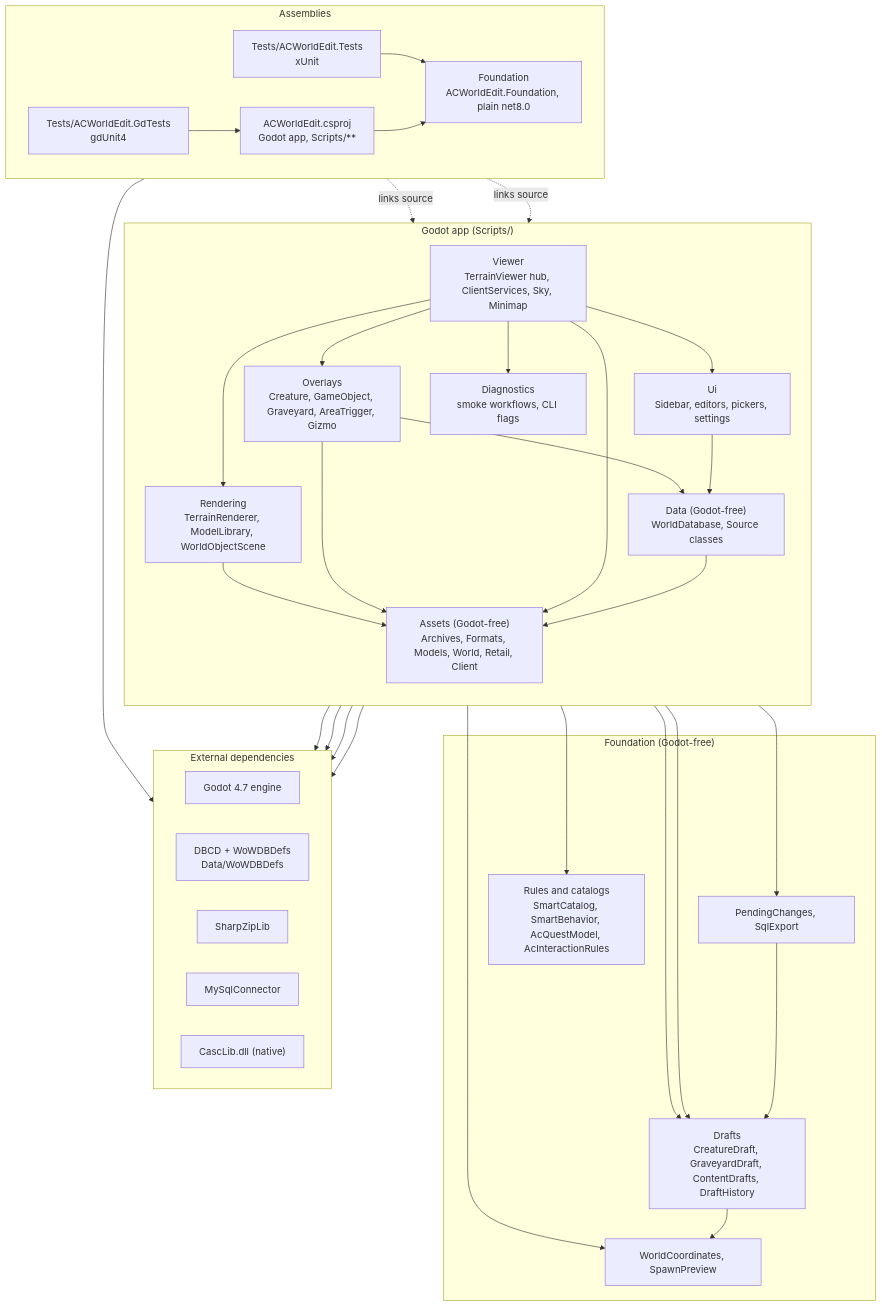
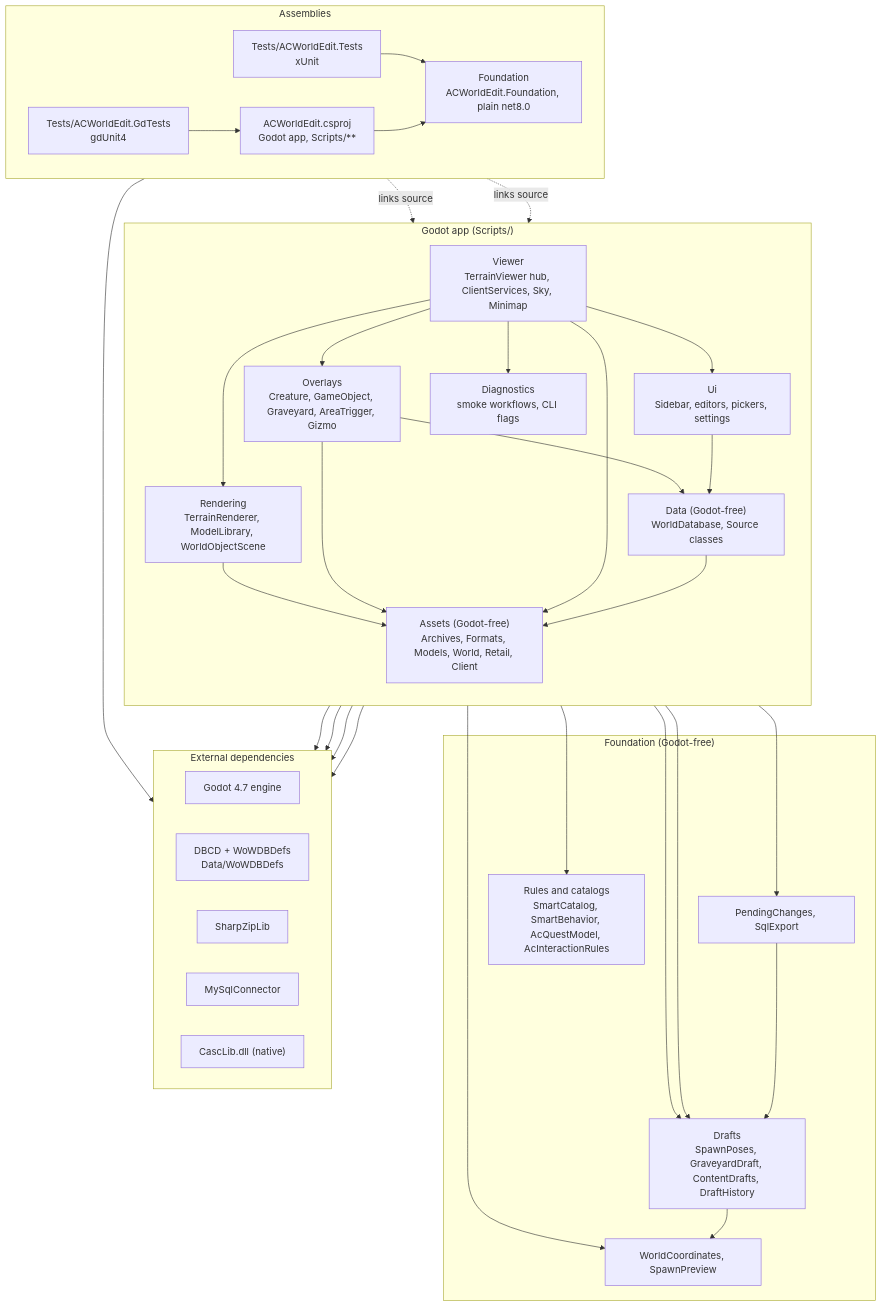
One commit to glitterfartz/ac-world-edit changed the second of 2 diagrams in docs/ARCHITECTURE.md. Above: the diagram before and after it, drawn with Mermaid. The commit also changed 58 other files, not shown here.

Commit message:
refactor(overlays): move spawns through SpawnPoses and retire the pose drafts

````diff
--- a/docs/ARCHITECTURE.md
+++ b/docs/ARCHITECTURE.md
@@ -40,65 +40,65 @@
 ```mermaid
 flowchart TB
     subgraph Assemblies
         direction LR
         app["ACWorldEdit.csproj<br/>Godot app, Scripts/**"]
         fdn["Foundation<br/>ACWorldEdit.Foundation, plain net8.0"]
         tests["Tests/ACWorldEdit.Tests<br/>xUnit"]
         gd["Tests/ACWorldEdit.GdTests<br/>gdUnit4"]
     end
 
     subgraph Godot_app["Godot app (Scripts/)"]
         direction TB
         viewer["Viewer<br/>TerrainViewer hub, ClientServices, Sky, Minimap"]
         render["Rendering<br/>TerrainRenderer, ModelLibrary, WorldObjectScene"]
         overlays["Overlays<br/>Creature, GameObject, Graveyard, AreaTrigger, Gizmo"]
         ui["Ui<br/>Sidebar, editors, pickers, settings"]
         diag["Diagnostics<br/>smoke workflows, CLI flags"]
         data["Data (Godot-free)<br/>WorldDatabase, Source classes"]
         assets["Assets (Godot-free)<br/>Archives, Formats, Models, World, Retail, Client"]
     end
 
     subgraph Shared_logic["Foundation (Godot-free)"]
-        drafts["Drafts<br/>CreatureDraft, GraveyardDraft, ContentDrafts, DraftHistory"]
+        drafts["Drafts<br/>SpawnPoses, GraveyardDraft, ContentDrafts, DraftHistory"]
         export["PendingChanges, SqlExport"]
         rules["Rules and catalogs<br/>SmartCatalog, SmartBehavior, AcQuestModel, AcInteractionRules"]
         coords["WorldCoordinates, SpawnPreview"]
     end
 
     subgraph External["External dependencies"]
         direction LR
         godot["Godot 4.7 engine"]
         dbcd["DBCD + WoWDBDefs<br/>Data/WoWDBDefs"]
         sharpzip["SharpZipLib"]
         mysql["MySqlConnector"]
         casc["CascLib.dll (native)"]
     end
 
     viewer --> render
     viewer --> overlays
     viewer --> ui
     viewer --> diag
     overlays --> data
     overlays --> drafts
     ui --> drafts
     ui --> data
     viewer --> export
     render --> assets
     overlays --> assets
     viewer --> assets
     data --> assets
     data --> rules
     data --> coords
     drafts --> coords
     export --> drafts
     app --> godot
     assets --> dbcd
     assets --> sharpzip
     assets --> casc
     data --> mysql
     tests -. links source .-> assets
     tests -. links source .-> data
     tests --> fdn
     gd --> app
     app --> fdn
 ```
````
